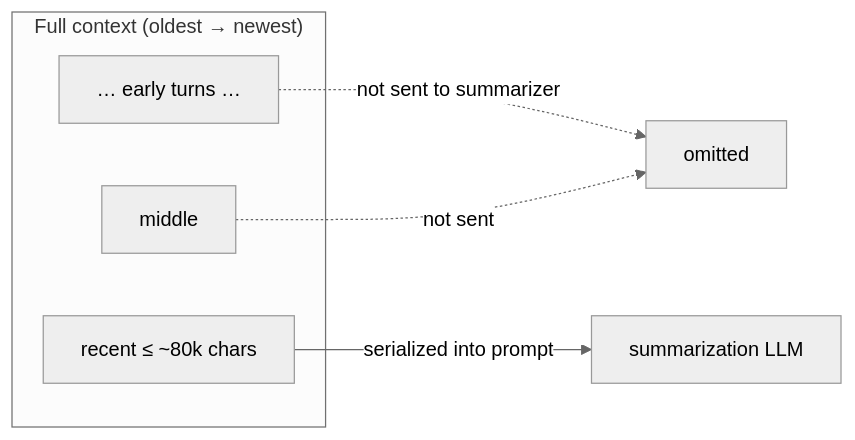
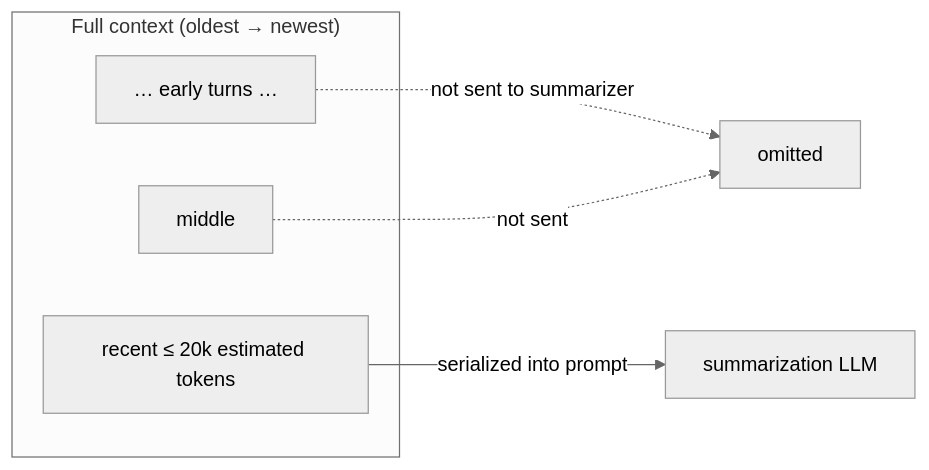
Before and after one commit to rust-infra/tact: the eighth of 15 diagrams in book/05_chapter_compact.md, drawn with Mermaid (neutral theme). The commit also changed other lines of this file and 5 other files, not shown here.

````diff
--- a/book/05_chapter_compact.md
+++ b/book/05_chapter_compact.md
@@ -259,11 +262,11 @@
 ```mermaid
 flowchart LR
     subgraph Context["Full context (oldest → newest)"]
         Old[… early turns …]
         Mid[middle]
-        New[recent ≤ ~80k chars]
+        New[recent ≤ 20k estimated tokens]
     end
     Old -.->|not sent to summarizer| X[omitted]
     Mid -.->|not sent| X
     New -->|serialized into prompt| SumLLM[summarization LLM]
 ```
````
